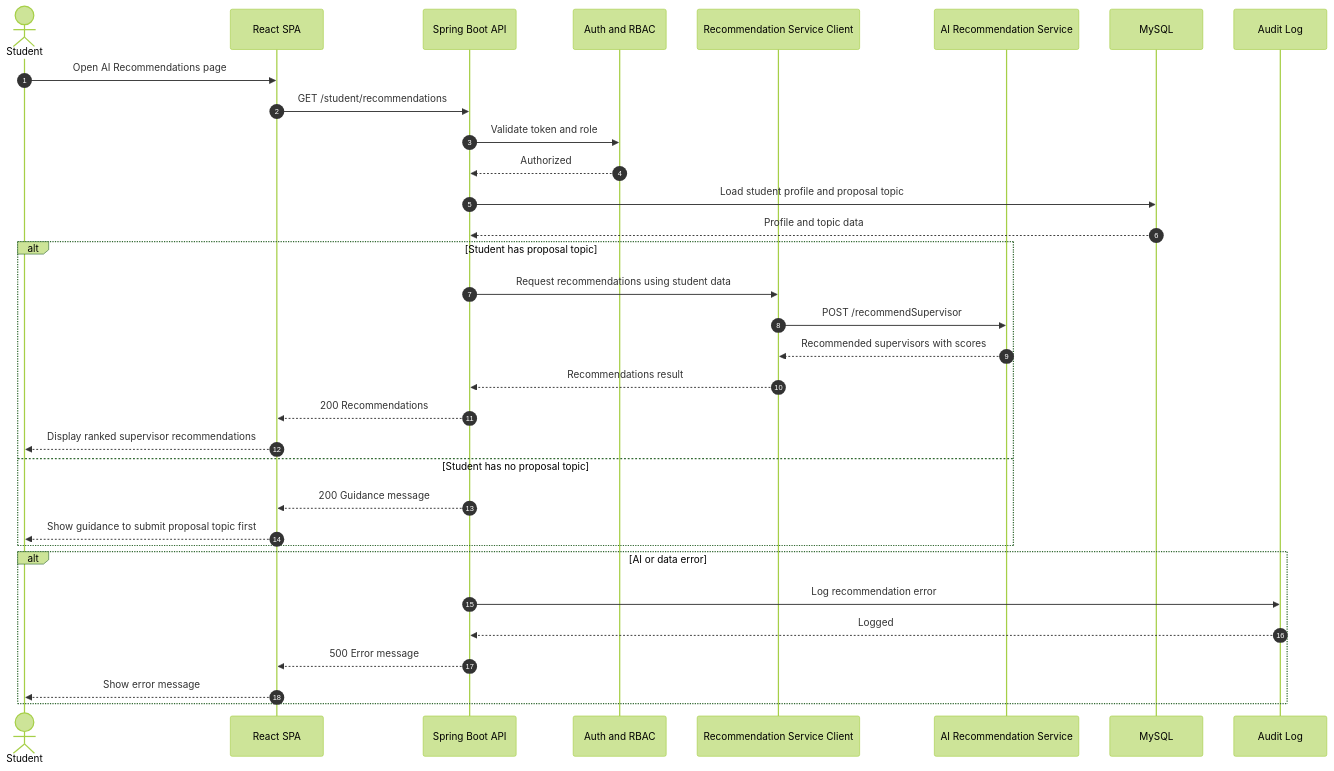
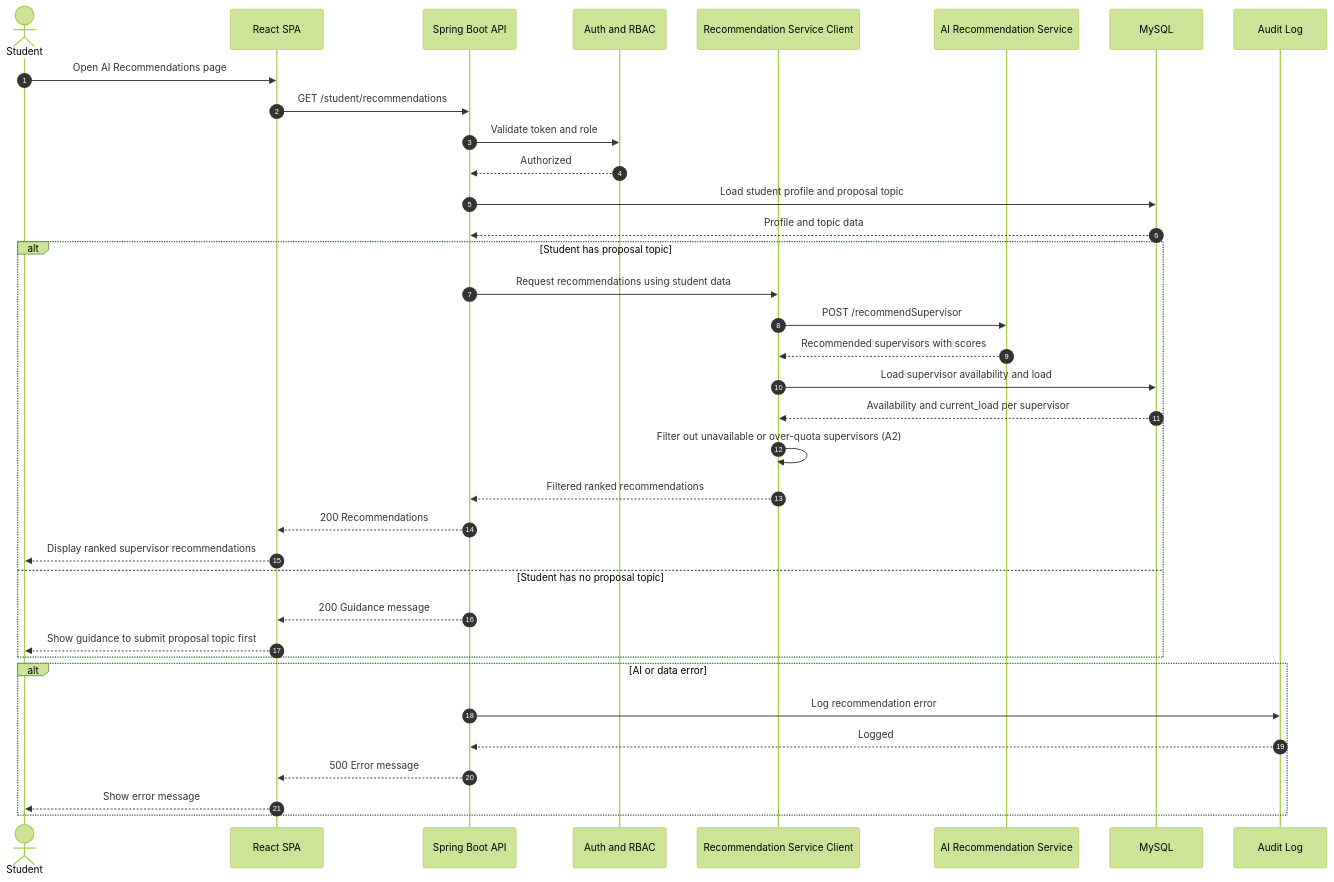
One commit to taizhixuan/fyp-supervision-system changed the fifth of 33 diagrams in Project-info/Sequence Diagram.md. Above: the diagram before and after it, drawn with Mermaid (forest theme). The commit also changed other lines of this file and 4 other files, not shown here.

Commit message:
restructure C3, ERD, data dictionary and sequence diagram docs

````diff
--- a/Project-info/Sequence Diagram.md
+++ b/Project-info/Sequence Diagram.md
@@ -295,39 +297,43 @@
 ```mermaid
 sequenceDiagram
   autonumber
   actor STU as Student
   participant FE as React SPA
   participant BE as Spring Boot API
   participant AUTH as Auth and RBAC
   participant REC as Recommendation Service Client
   participant AI as AI Recommendation Service
   participant DB as MySQL
   participant AUD as Audit Log
 
   STU->>FE: Open AI Recommendations page
   FE->>BE: GET /student/recommendations
   BE->>AUTH: Validate token and role
   AUTH-->>BE: Authorized
 
   BE->>DB: Load student profile and proposal topic
   DB-->>BE: Profile and topic data
 
   alt Student has proposal topic
     BE->>REC: Request recommendations using student data
     REC->>AI: POST /recommendSupervisor
     AI-->>REC: Recommended supervisors with scores
-    REC-->>BE: Recommendations result
+    %% NEW (FYP2): filter by availability_status and supervision_quota vs current_load
+    REC->>DB: Load supervisor availability and load
+    DB-->>REC: Availability and current_load per supervisor
+    REC->>REC: Filter out unavailable or over-quota supervisors (A2)
+    REC-->>BE: Filtered ranked recommendations
     BE-->>FE: 200 Recommendations
     FE-->>STU: Display ranked supervisor recommendations
   else Student has no proposal topic
     BE-->>FE: 200 Guidance message
     FE-->>STU: Show guidance to submit proposal topic first
   end
 
   alt AI or data error
     BE->>AUD: Log recommendation error
     AUD-->>BE: Logged
     BE-->>FE: 500 Error message
     FE-->>STU: Show error message
   end
 ```
````
